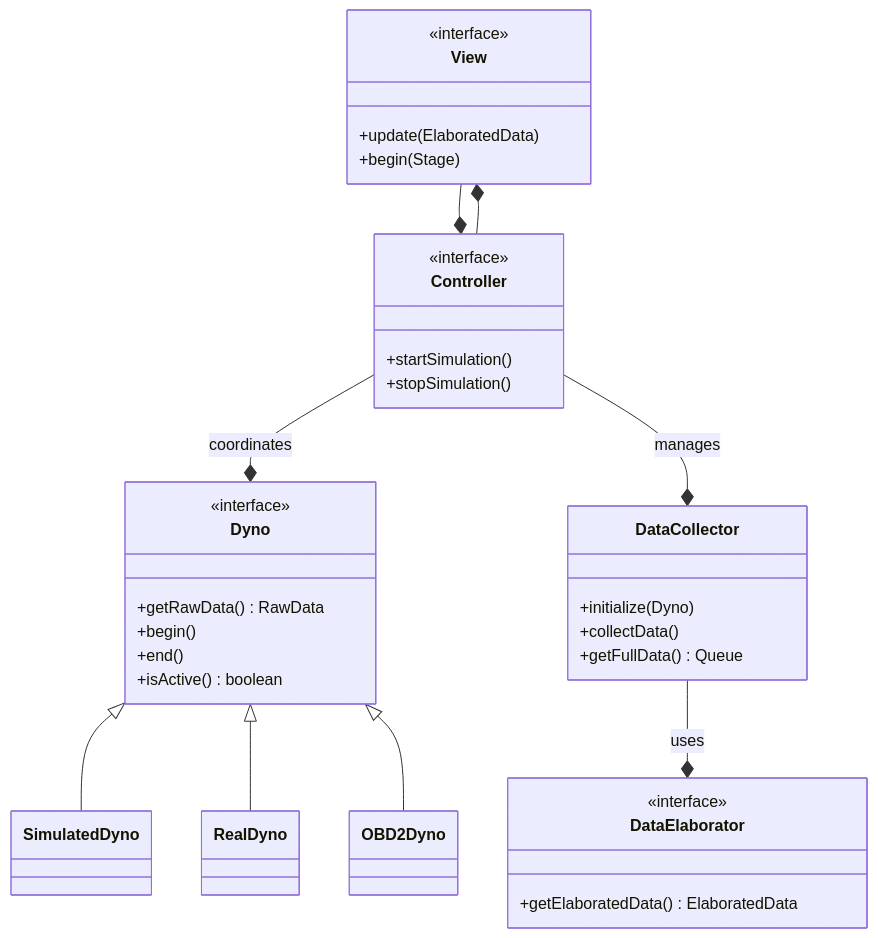
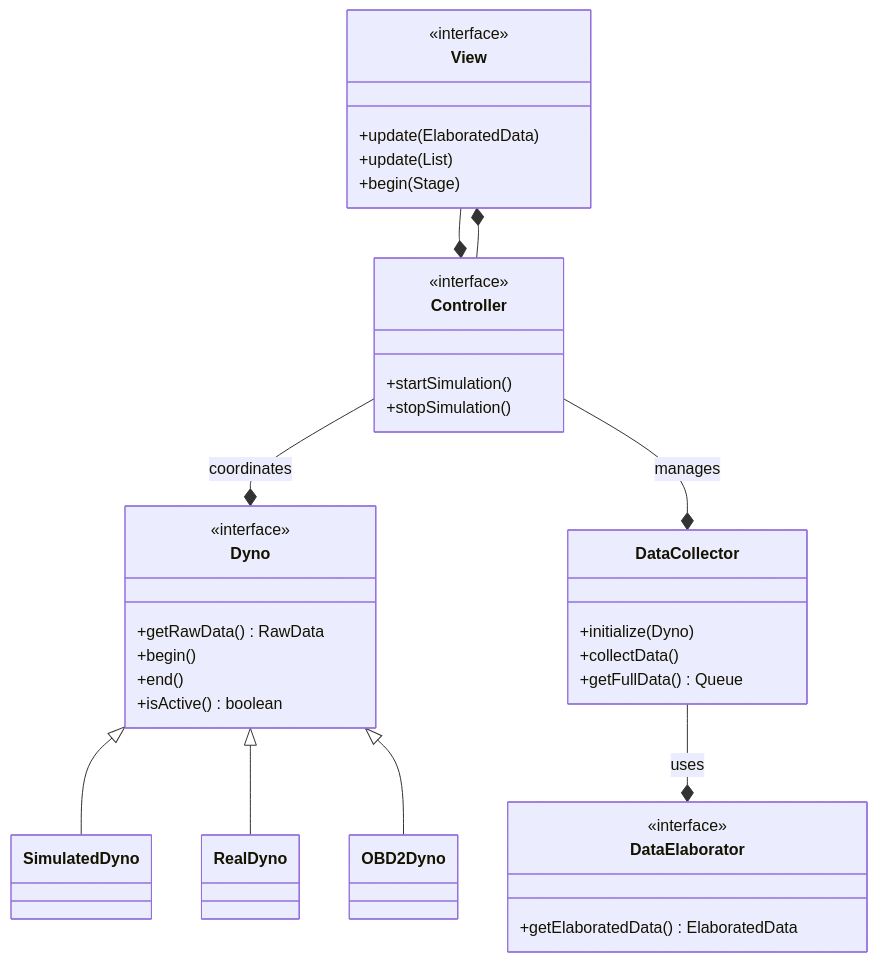
Before and after one commit to unibo-oop-projects/OOP24-Alessandro-CristoferNapolitano-SolarEgg-TodeschiMatteo-java-dyno: the second of 8 diagrams in report.md, drawn with Mermaid.

Commit message:
Modified UML for View interface to add overcharged method

````diff
--- a/report.md
+++ b/report.md
@@ -171,51 +171,52 @@
 ```mermaid
 classDiagram
     class View {
         <<interface>>
         +update(ElaboratedData)
+        +update(List<ElaboratedData>)
         +begin(Stage)
     }
     
     class Controller {
         <<interface>>
         +startSimulation()
         +stopSimulation()
     }
     
     class Dyno {
         <<interface>>
         +getRawData() RawData
         +begin()
         +end()
         +isActive() boolean
     }
     
     class DataCollector {
         +initialize(Dyno)
         +collectData()
         +getFullData() Queue
     }
     
     class DataElaborator {
         <<interface>>
         +getElaboratedData() ElaboratedData
     }
     
     class SimulatedDyno {
     }
     
     class RealDyno {
     }
     
     class OBD2Dyno {
     }
 
     View --* Controller
     Controller --* View
     Controller --* Dyno : coordinates
     Controller --* DataCollector : manages
     DataCollector --* DataElaborator : uses
     Dyno <|-- SimulatedDyno
     Dyno <|-- RealDyno
     Dyno <|-- OBD2Dyno
 ```
````
